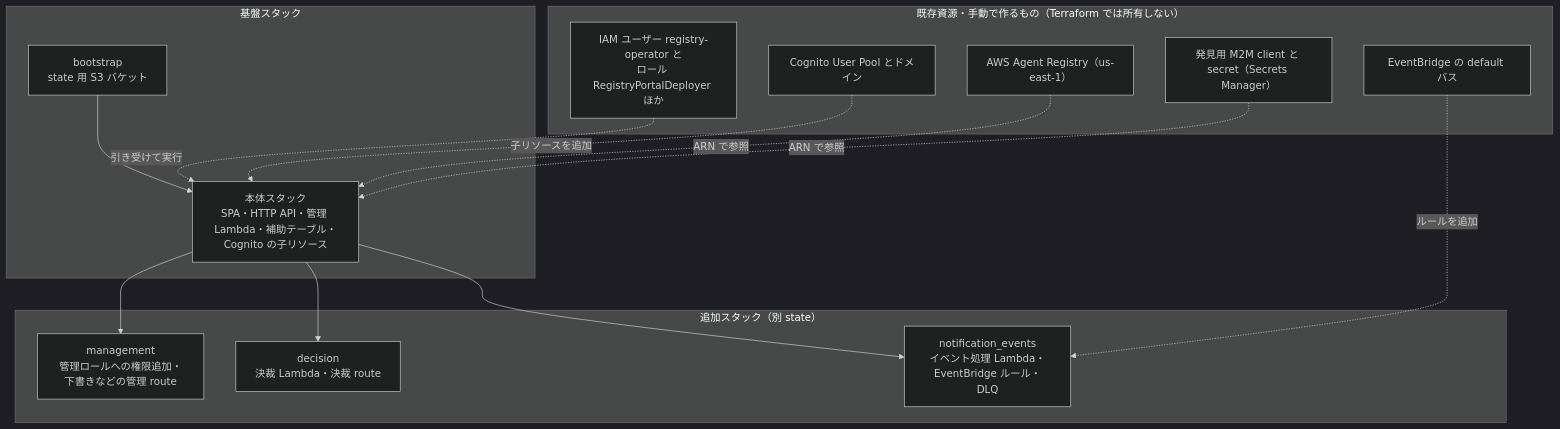
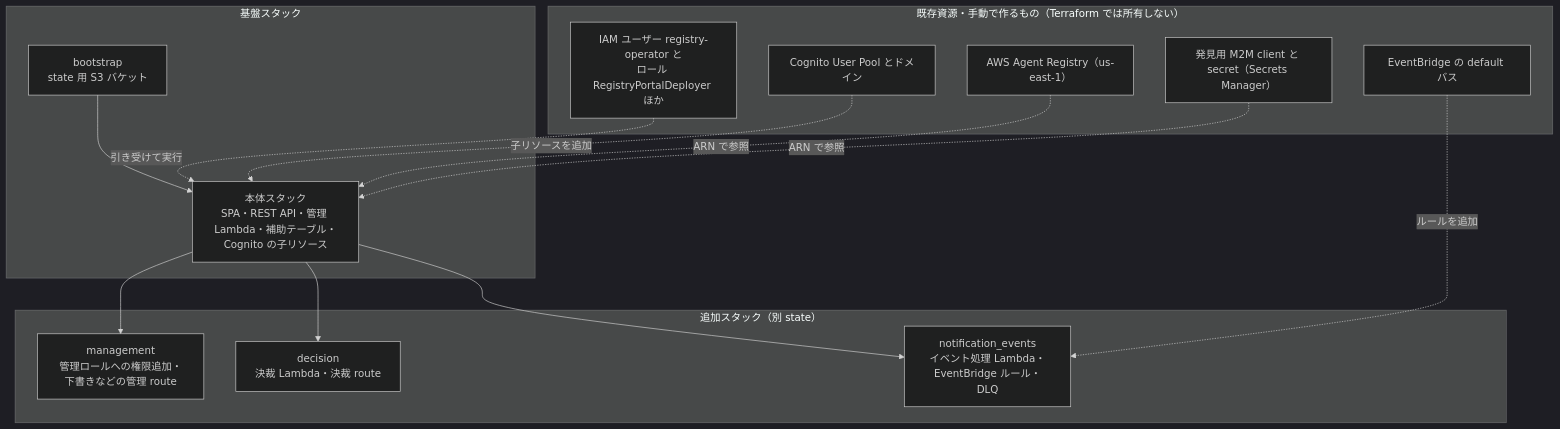
The diagram in docs/agents/registry-portal-terraform-guide-ja.md (JustinWangJP/sample-agentic-value-accelerator), drawn with Mermaid (dark theme) before and after one commit. The commit also changed other lines of this file and 2 other files, not shown here.

First line of the commit message:
docs(registry-portal): REST API の移行と接続元 IP の更新手順を記載する

````diff
--- a/docs/agents/registry-portal-terraform-guide-ja.md
+++ b/docs/agents/registry-portal-terraform-guide-ja.md
@@ -48,31 +48,31 @@
 ```mermaid
 flowchart TB
   subgraph existing["既存資源・手動で作るもの（Terraform では所有しない）"]
     REG["AWS Agent Registry（us-east-1）"]
     POOL["Cognito User Pool とドメイン"]
     M2M["発見用 M2M client と secret（Secrets Manager）"]
     IAM["IAM ユーザー registry-operator と<br/>ロール RegistryPortalDeployer ほか"]
     BUS["EventBridge の default バス"]
   end
 
   subgraph base["基盤スタック"]
     STATE["bootstrap<br/>state 用 S3 バケット"]
-    MAIN["本体スタック<br/>SPA・HTTP API・管理 Lambda・補助テーブル・Cognito の子リソース"]
+    MAIN["本体スタック<br/>SPA・REST API・管理 Lambda・補助テーブル・Cognito の子リソース"]
   end
 
   subgraph addon["追加スタック（別 state）"]
     MGMT["management<br/>管理ロールへの権限追加・下書きなどの管理 route"]
     DEC["decision<br/>決裁 Lambda・決裁 route"]
     EVT["notification_events<br/>イベント処理 Lambda・EventBridge ルール・DLQ"]
   end
 
   STATE --> MAIN
   IAM -. 引き受けて実行 .-> MAIN
   MAIN --> MGMT
   MAIN --> DEC
   MAIN --> EVT
   POOL -. 子リソースを追加 .-> MAIN
   REG -. ARN で参照 .-> MAIN
   M2M -. ARN で参照 .-> MAIN
   BUS -. ルールを追加 .-> EVT
 ```
````
